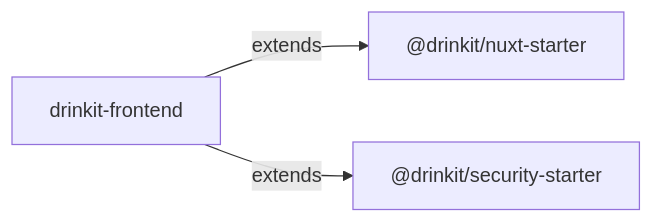
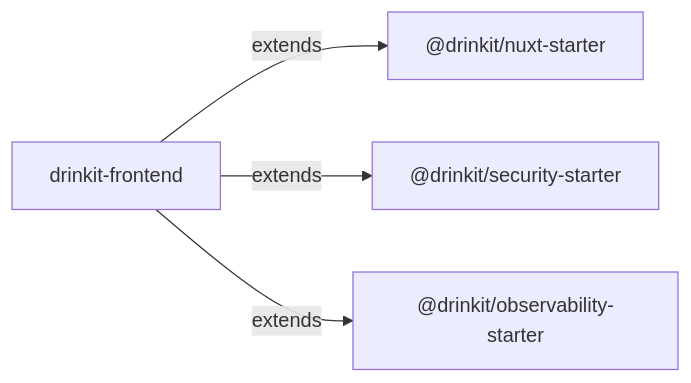
The diagram in tech-starters/frontend/nuxt-starter/README.md (mboisnard/drinkit), drawn with Mermaid before and after one commit. The commit also changed other lines of this file and 25 other files, not shown here.

First line of the commit message:
[TECH-STARTER] Log each unhandled error of the Nuxt app once with the backend trace id, and show it in a toast (#678)

````diff
--- a/tech-starters/frontend/nuxt-starter/README.md
+++ b/tech-starters/frontend/nuxt-starter/README.md
@@ -11,5 +11,6 @@
 ```mermaid
 flowchart LR
     App[drinkit-frontend] -- extends --> Starter["@drinkit/nuxt-starter"]
     App -- extends --> Security["@drinkit/security-starter"]
+    App -- extends --> Observability["@drinkit/observability-starter"]
 ```
````
